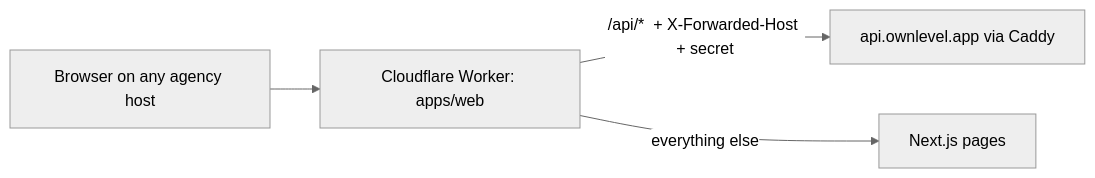
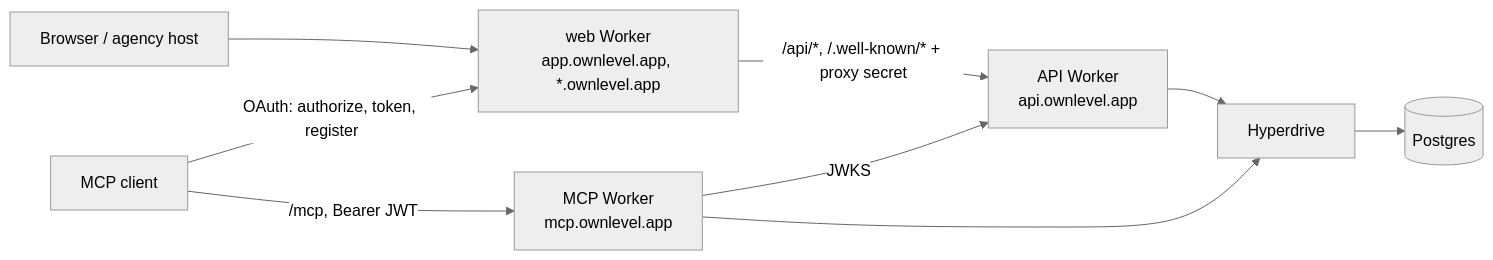
Before and after one commit to prakashn27/ownlevel-app: the diagram in docs/Technical/3_Deployment.md, drawn with Mermaid (neutral theme). The commit also changed other lines of this file and 18 other files, not shown here.

First line of the commit message:
feat(mcp): deploy MCP and API as Cloudflare Workers

````diff
--- a/docs/Technical/3_Deployment.md
+++ b/docs/Technical/3_Deployment.md
@@ -45,6 +18,11 @@
 ```mermaid
 flowchart LR
-  B[Browser on any agency host] --> W[Cloudflare Worker: apps/web]
-  W -->|"/api/*  + X-Forwarded-Host + secret"| API[api.ownlevel.app via Caddy]
-  W -->|everything else| N[Next.js pages]
+  B[Browser / agency host] --> W["web Worker<br/>app.ownlevel.app, *.ownlevel.app"]
+  W -->|"/api/*, /.well-known/* + proxy secret"| A["API Worker<br/>api.ownlevel.app"]
+  C[MCP client] -->|"/mcp, Bearer JWT"| M["MCP Worker<br/>mcp.ownlevel.app"]
+  C -->|"OAuth: authorize, token, register"| W
+  M -->|JWKS| A
+  A --> H[Hyperdrive]
+  M --> H
+  H --> PG[(Postgres)]
 ```
````
